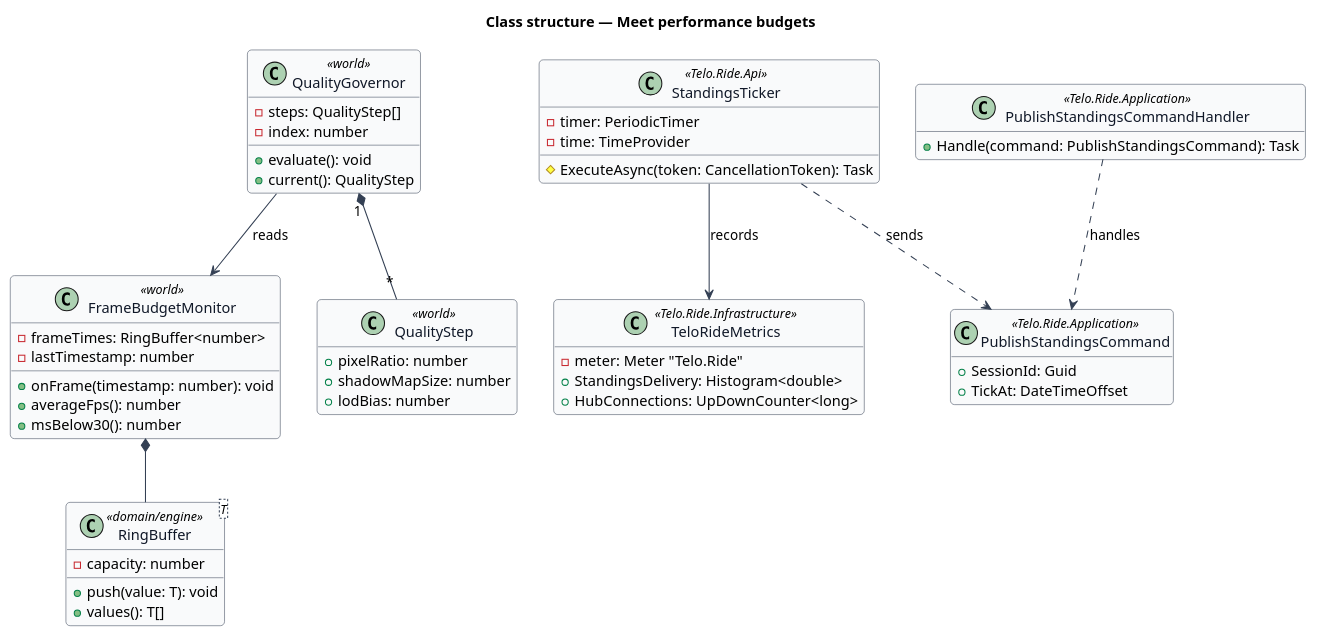
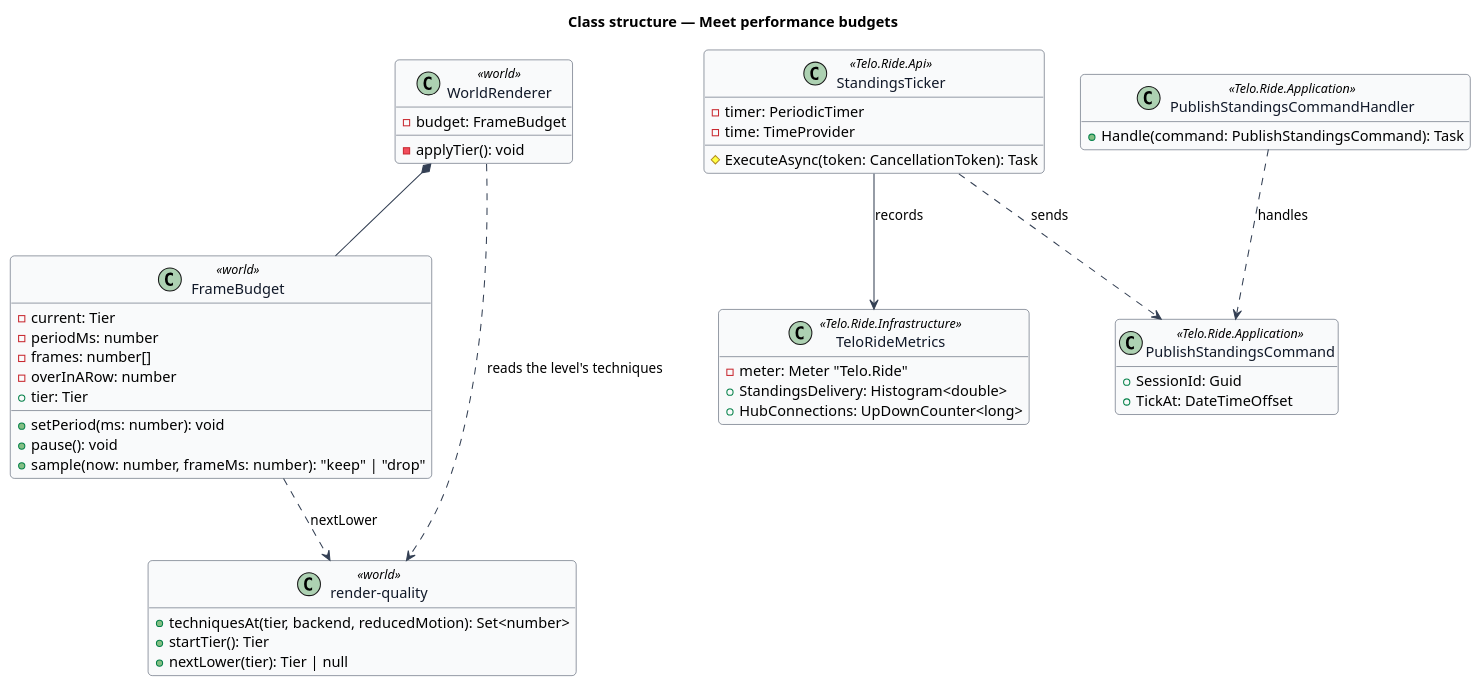
One commit to QuinntyneBrown/ride-one changed the diagram in docs/detailed-designs/performance/meet-performance-budgets/diagrams/class-structure.puml. Above: the diagram before and after it, drawn with PlantUML. The commit also changed 7 other files, not shown here.

Commit message:
Step down as main's frame budget does, in the performance design and L2-159

```diff
--- a/docs/detailed-designs/performance/meet-performance-budgets/diagrams/class-structure.puml
+++ b/docs/detailed-designs/performance/meet-performance-budgets/diagrams/class-structure.puml
@@ -1,63 +1,59 @@
 @startuml
 ' --- shared skin header ---
 skinparam backgroundColor #FFFFFF
 skinparam shadowing false
 skinparam roundcorner 8
 skinparam defaultFontName Arial
 skinparam ArrowColor #344054
 skinparam class {
   BorderColor #344054
   FontColor #101828
   BackgroundColor #F9FAFB
 }
 ' --------------------------
 title Class structure — Meet performance budgets
 hide empty members
 
-class FrameBudgetMonitor <<world>> {
-  -frameTimes: RingBuffer<number>
-  -lastTimestamp: number
-  +onFrame(timestamp: number): void
-  +averageFps(): number
-  +msBelow30(): number
+class FrameBudget <<world>> {
+  -current: Tier
+  -periodMs: number
+  -frames: number[]
+  -overInARow: number
+  +tier: Tier
+  +setPeriod(ms: number): void
+  +pause(): void
+  +sample(now: number, frameMs: number): "keep" | "drop"
 }
-class QualityGovernor <<world>> {
-  -steps: QualityStep[]
-  -index: number
-  +evaluate(): void
-  +current(): QualityStep
+class WorldRenderer <<world>> {
+  -budget: FrameBudget
+  -applyTier(): void
 }
-class QualityStep <<world>> {
-  +pixelRatio: number
-  +shadowMapSize: number
-  +lodBias: number
-}
-class RingBuffer<T> <<domain/engine>> {
-  -capacity: number
-  +push(value: T): void
-  +values(): T[]
+class "render-quality" as rq <<world>> {
+  +techniquesAt(tier, backend, reducedMotion): Set<number>
+  +startTier(): Tier
+  +nextLower(tier): Tier | null
 }
 class StandingsTicker <<Telo.Ride.Api>> {
   -timer: PeriodicTimer
   -time: TimeProvider
   #ExecuteAsync(token: CancellationToken): Task
 }
 class PublishStandingsCommand <<Telo.Ride.Application>> {
   +SessionId: Guid
   +TickAt: DateTimeOffset
 }
 class PublishStandingsCommandHandler <<Telo.Ride.Application>> {
   +Handle(command: PublishStandingsCommand): Task
 }
 class TeloRideMetrics <<Telo.Ride.Infrastructure>> {
   -meter: Meter "Telo.Ride"
   +StandingsDelivery: Histogram<double>
   +HubConnections: UpDownCounter<long>
 }
-FrameBudgetMonitor *-- RingBuffer
-QualityGovernor --> FrameBudgetMonitor : reads
-QualityGovernor "1" *-- "*" QualityStep
+WorldRenderer *-- FrameBudget
+WorldRenderer ..> rq : reads the level's techniques
+FrameBudget ..> rq : nextLower
 StandingsTicker ..> PublishStandingsCommand : sends
 PublishStandingsCommandHandler ..> PublishStandingsCommand : handles
 StandingsTicker --> TeloRideMetrics : records
 @enduml
```
